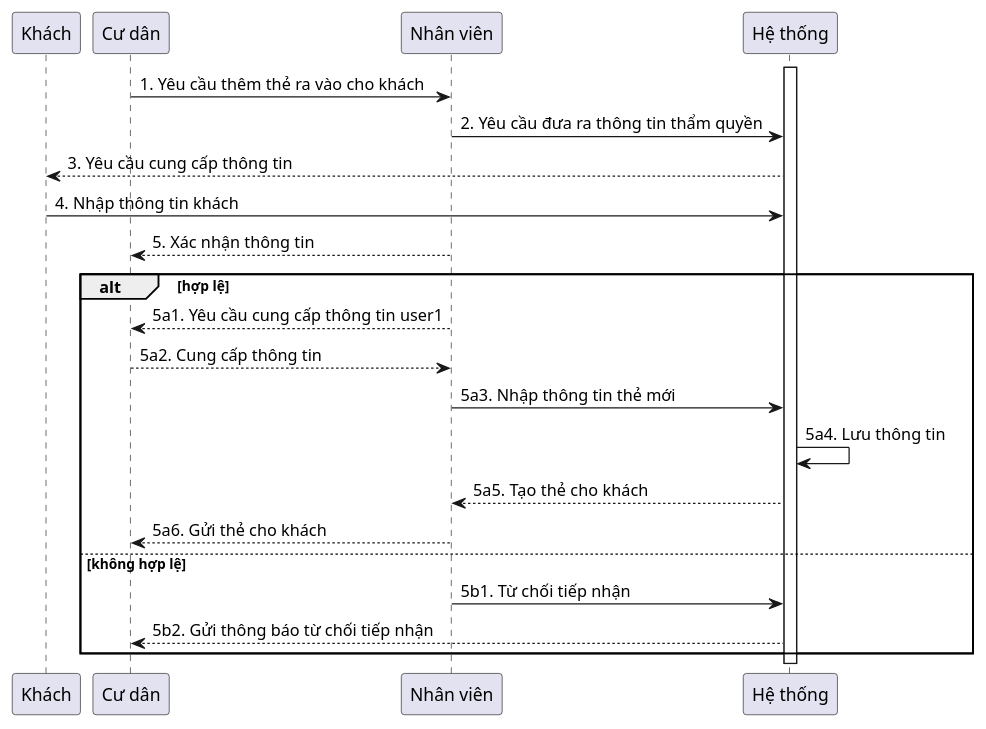
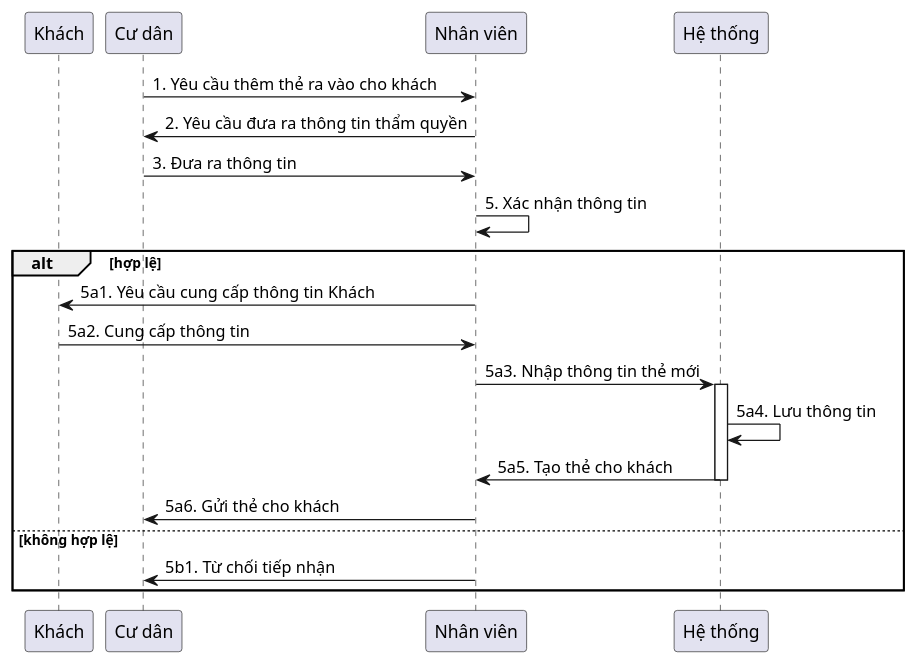
Before and after one commit to QuickyBooster/SE357-Pratice-class: the diagram in Lab1/Lab1.2/Sequence Diagram/Tạo thẻ cho khách tham quan.plantuml, drawn with PlantUML. The commit also changed 11 other files, not shown here.

```diff
--- a/Lab1/Lab1.2/Sequence Diagram/Tạo thẻ cho khách tham quan.plantuml
+++ b/Lab1/Lab1.2/Sequence Diagram/Tạo thẻ cho khách tham quan.plantuml
@@ -1,27 +1,25 @@
 @startuml
 
 participant "Khách"
 participant "Cư dân"
 participant "Nhân viên"
 
 participant "Hệ thống" as System
 
-activate System
 "Cư dân" -> "Nhân viên": 1. Yêu cầu thêm thẻ ra vào cho khách
-"Nhân viên" -> System: 2. Yêu cầu đưa ra thông tin thẩm quyền
-System --> "Khách": 3. Yêu cầu cung cấp thông tin
-"Khách" -> System: 4. Nhập thông tin khách
-"Nhân viên" --> "Cư dân": 5. Xác nhận thông tin
+"Nhân viên" -> "Cư dân": 2. Yêu cầu đưa ra thông tin thẩm quyền
+"Cư dân" -> "Nhân viên": 3. Đưa ra thông tin
+"Nhân viên" -> "Nhân viên": 5. Xác nhận thông tin
 alt hợp lệ
-"Nhân viên" --> "Cư dân": 5a1. Yêu cầu cung cấp thông tin user1
-"Cư dân"-->"Nhân viên": 5a2. Cung cấp thông tin
-"Nhân viên"->System: 5a3. Nhập thông tin thẻ mới
-System-> System: 5a4. Lưu thông tin
-System--> "Nhân viên": 5a5. Tạo thẻ cho khách
-"Nhân viên"--> "Cư dân": 5a6. Gửi thẻ cho khách
+    "Nhân viên" -> "Khách": 5a1. Yêu cầu cung cấp thông tin Khách
+    "Khách"->"Nhân viên": 5a2. Cung cấp thông tin
+    "Nhân viên"->System: 5a3. Nhập thông tin thẻ mới
+    activate System
+    System-> System: 5a4. Lưu thông tin
+    System-> "Nhân viên": 5a5. Tạo thẻ cho khách
+    deactivate System
+    "Nhân viên"-> "Cư dân": 5a6. Gửi thẻ cho khách
 else không hợp lệ
-"Nhân viên"-> System: 5b1. Từ chối tiếp nhận
-System--> "Cư dân": 5b2. Gửi thông báo từ chối tiếp nhận
-
+    "Nhân viên"-> "Cư dân": 5b1. Từ chối tiếp nhận
 end
 @enduml
```
